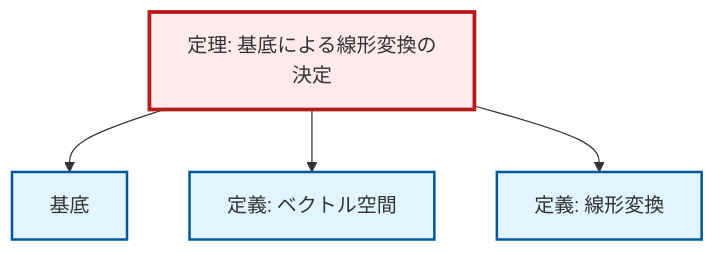
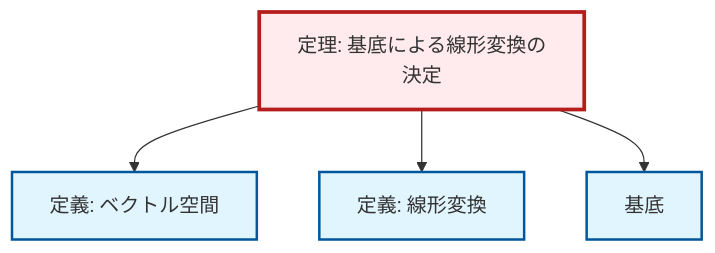
Before and after one commit to RK0429/ModernMath: the diagram in output/mermaid/ja/thm-linear-transformation-basis.mermaid, drawn with Mermaid. The commit also changed 672 other files, not shown here.

```diff
--- a/output/mermaid/ja/thm-linear-transformation-basis.mermaid
+++ b/output/mermaid/ja/thm-linear-transformation-basis.mermaid
@@ -1,15 +1,14 @@
-%%| fig-cap: "Local dependency graph"
 graph TD
     classDef definition fill:#e1f5fe,stroke:#01579b,stroke-width:2px
     classDef theorem fill:#f3e5f5,stroke:#4a148c,stroke-width:2px
     classDef axiom fill:#fff3e0,stroke:#e65100,stroke-width:2px
     classDef example fill:#e8f5e9,stroke:#1b5e20,stroke-width:2px
     classDef current fill:#ffebee,stroke:#b71c1c,stroke-width:3px
     def-linear-transformation["定義: 線形変換"]:::definition
+    def-vector-space["定義: ベクトル空間"]:::definition
+    def-basis["基底"]:::definition
     thm-linear-transformation-basis["定理: 基底による線形変換の決定"]:::theorem
-    def-basis["基底"]:::definition
-    def-vector-space["定義: ベクトル空間"]:::definition
-    thm-linear-transformation-basis --> def-basis
     thm-linear-transformation-basis --> def-vector-space
     thm-linear-transformation-basis --> def-linear-transformation
+    thm-linear-transformation-basis --> def-basis
     class thm-linear-transformation-basis current
```
